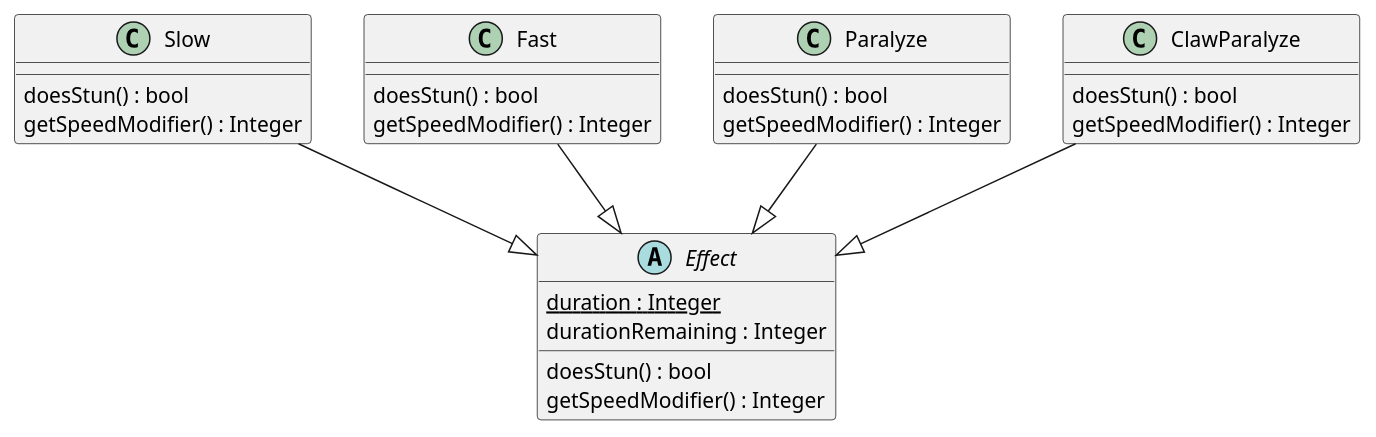
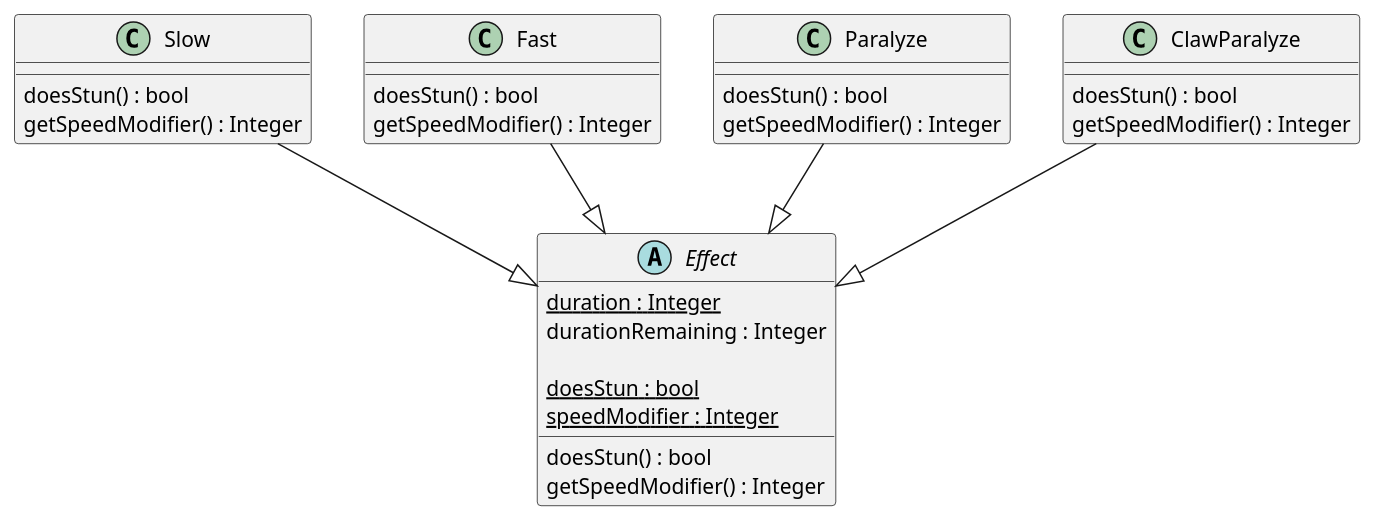
Before and after one commit to Petya-G/fungorium: the diagram in 3/classes/effect.puml, drawn with PlantUML. The commit also changed 2 other files, not shown here.

```diff
--- a/3/classes/effect.puml
+++ b/3/classes/effect.puml
@@ -1,36 +1,39 @@
 @startuml effect
 
 abstract class Effect{
     {static} duration : Integer
     durationRemaining : Integer
+
+    {static} doesStun : bool
+    {static} speedModifier : Integer
 
     doesStun() : bool
     getSpeedModifier() : Integer
 }
 
 Slow --|> Effect
 class Slow {
     doesStun() : bool
     getSpeedModifier() : Integer
 }
 
 Fast --|> Effect
 class Fast {
     doesStun() : bool
     getSpeedModifier() : Integer
 }
 
 Paralyze --|> Effect
 class Paralyze {
     doesStun() : bool
     getSpeedModifier() : Integer
 }
 
 ClawParalyze --|> Effect
 class ClawParalyze {
     doesStun() : bool
     getSpeedModifier() : Integer
 }
 
 
 @enduml
```
